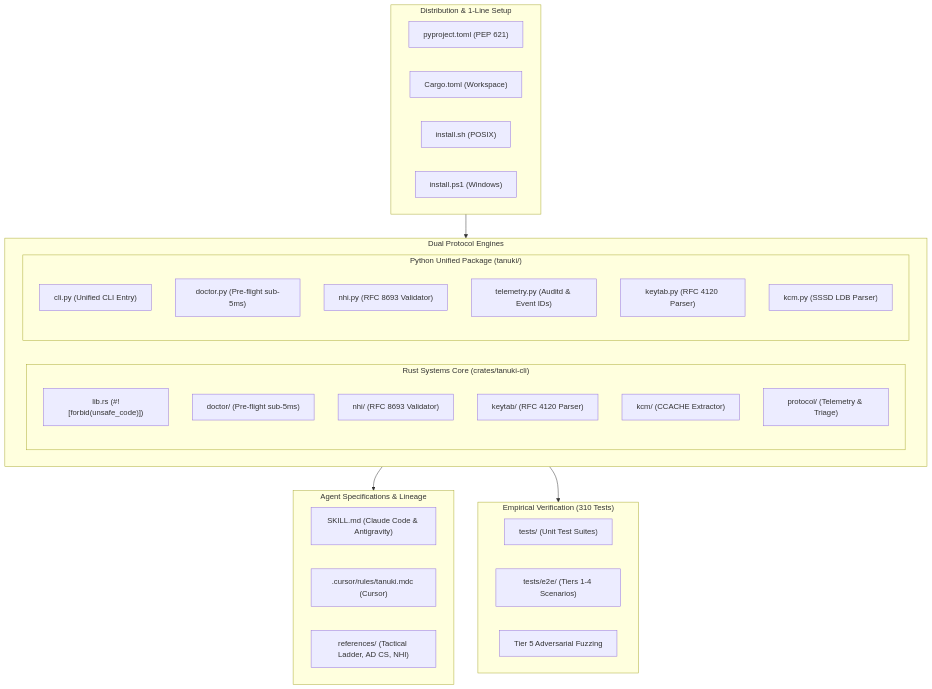
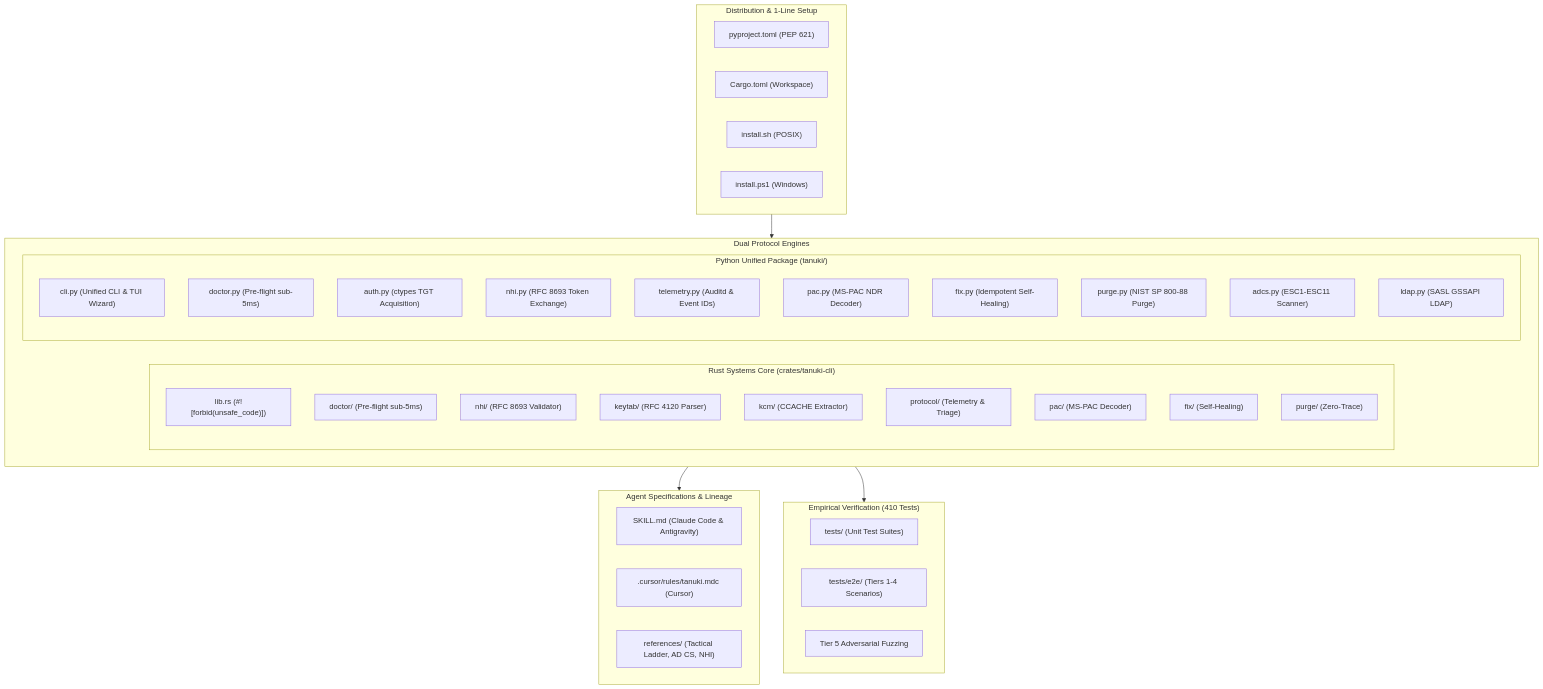
One commit to Mafifrizi/tanuki changed the diagram in README.md. Above: the diagram before and after it, drawn with Mermaid. The commit also changed other lines of this file and 4 other files, not shown here.

````diff
--- a/README.md
+++ b/README.md
@@ -384,45 +384,52 @@
 ```mermaid
 flowchart TD
     subgraph DIST["Distribution & 1-Line Setup"]
         M1["pyproject.toml (PEP 621)"]
         M2["Cargo.toml (Workspace)"]
         I1["install.sh (POSIX)"]
         I2["install.ps1 (Windows)"]
     end
 
     subgraph ENGINES["Dual Protocol Engines"]
         subgraph RUST_ENGINE["Rust Systems Core (crates/tanuki-cli)"]
             R_LIB["lib.rs (#![forbid(unsafe_code)])"]
             R_DOC["doctor/ (Pre-flight sub-5ms)"]
             R_NHI["nhi/ (RFC 8693 Validator)"]
             R_KT["keytab/ (RFC 4120 Parser)"]
             R_KCM["kcm/ (CCACHE Extractor)"]
             R_TEL["protocol/ (Telemetry & Triage)"]
+            R_PAC["pac/ (MS-PAC Decoder)"]
+            R_FIX["fix/ (Self-Healing)"]
+            R_PURGE["purge/ (Zero-Trace)"]
         end
 
         subgraph PY_ENGINE["Python Unified Package (tanuki/)"]
-            P_CLI["cli.py (Unified CLI Entry)"]
+            P_CLI["cli.py (Unified CLI & TUI Wizard)"]
             P_DOC["doctor.py (Pre-flight sub-5ms)"]
-            P_NHI["nhi.py (RFC 8693 Validator)"]
+            P_AUTH["auth.py (ctypes TGT Acquisition)"]
+            P_NHI["nhi.py (RFC 8693 Token Exchange)"]
             P_TEL["telemetry.py (Auditd & Event IDs)"]
-            P_KT["keytab.py (RFC 4120 Parser)"]
-            P_KCM["kcm.py (SSSD LDB Parser)"]
+            P_PAC["pac.py (MS-PAC NDR Decoder)"]
+            P_FIX["fix.py (Idempotent Self-Healing)"]
+            P_PURGE["purge.py (NIST SP 800-88 Purge)"]
+            P_ADCS["adcs.py (ESC1-ESC11 Scanner)"]
+            P_LDAP["ldap.py (SASL GSSAPI LDAP)"]
         end
     end
 
     subgraph AGENT_LAYER["Agent Specifications & Lineage"]
         S1["SKILL.md (Claude Code & Antigravity)"]
         S2[".cursor/rules/tanuki.mdc (Cursor)"]
         S3["references/ (Tactical Ladder, AD CS, NHI)"]
     end
 
-    subgraph VERIFICATION["Empirical Verification (310 Tests)"]
+    subgraph VERIFICATION["Empirical Verification (410 Tests)"]
         V1["tests/ (Unit Test Suites)"]
         V2["tests/e2e/ (Tiers 1-4 Scenarios)"]
         V3["Tier 5 Adversarial Fuzzing"]
     end
 
     DIST --> ENGINES
     ENGINES --> AGENT_LAYER
     ENGINES --> VERIFICATION
 ```
````
